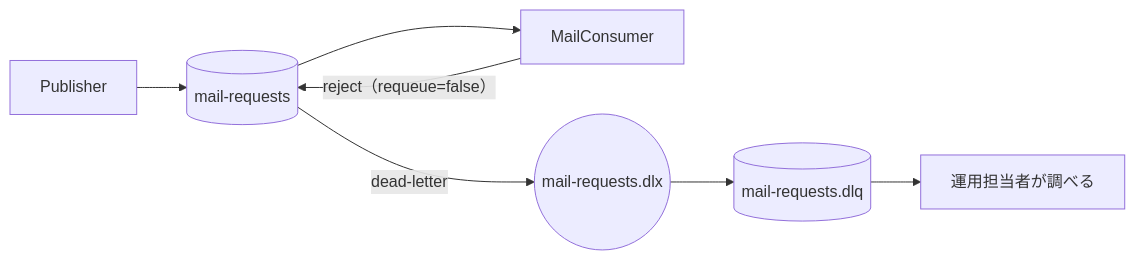
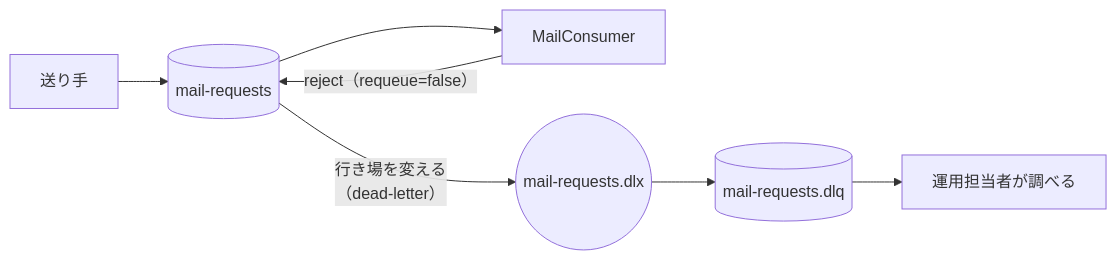
The diagram in chapters/13-dead-letter-queue.md (t-inoue0214/starter-web-async), drawn with Mermaid before and after one commit. The commit also changed other lines of this file and 96 other files, not shown here.

````diff
--- a/chapters/13-dead-letter-queue.md
+++ b/chapters/13-dead-letter-queue.md
@@ -77,9 +53,9 @@
 ```mermaid
 flowchart LR
-    P[Publisher] --> Q[(mail-requests)]
+    P[送り手] --> Q[(mail-requests)]
     Q --> C[MailConsumer]
     C -->|"reject（requeue=false）"| Q
-    Q -->|dead-letter| DLX((mail-requests.dlx))
+    Q -->|"行き場を変える<br>（dead-letter）"| DLX((mail-requests.dlx))
     DLX --> DLQ[(mail-requests.dlq)]
     DLQ --> Ops[運用担当者が調べる]
 ```
````
